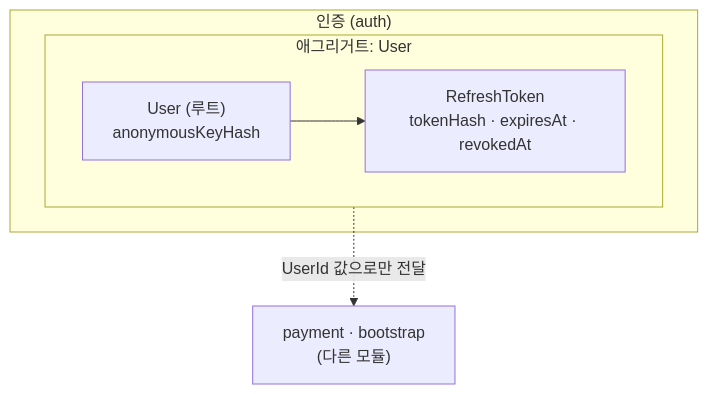
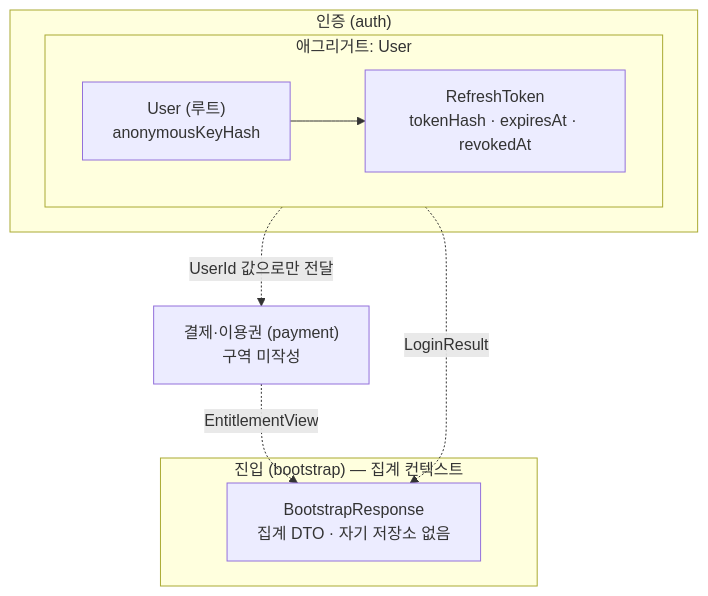
One commit to kang20/youtube-creator changed the first of 3 diagrams in backend/docs/model/master.md. Above: the diagram before and after it, drawn with Mermaid. The commit also changed other lines of this file and 2 other files, not shown here.

First line of the commit message:
docs(bootstrap): 집계 컨텍스트로 시각화 + 스킬에 규칙 반영

````diff
--- a/backend/docs/model/master.md
+++ b/backend/docs/model/master.md
@@ -21,12 +25,20 @@
 ```mermaid
 flowchart TB
     subgraph M_AUTH["인증 (auth)"]
         subgraph AG_USER["애그리거트: User"]
             U["User (루트)<br/>anonymousKeyHash"]
             RT["RefreshToken<br/>tokenHash · expiresAt · revokedAt"]
             U --> RT
         end
     end
 
-    AG_USER -.->|"UserId 값으로만 전달"| EXT["payment · bootstrap<br/>(다른 모듈)"]
+    subgraph M_BOOT["진입 (bootstrap) — 집계 컨텍스트"]
+        BR["BootstrapResponse<br/>집계 DTO · 자기 저장소 없음"]
+    end
+
+    PAY["결제·이용권 (payment)<br/>구역 미작성"]
+
+    AG_USER -.->|"LoginResult"| BR
+    PAY -.->|"EntitlementView"| BR
+    AG_USER -.->|"UserId 값으로만 전달"| PAY
 ```
````
